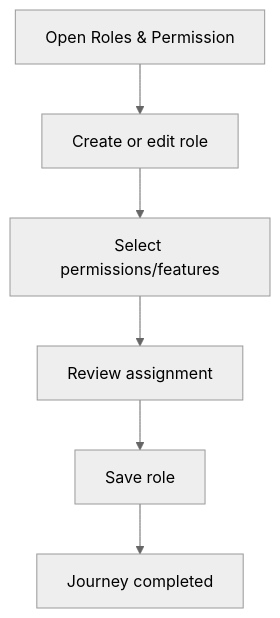
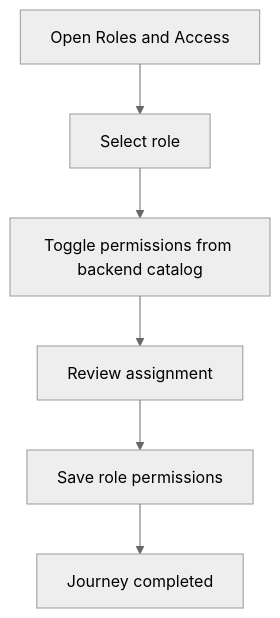
One commit to unicomproject/Pos-system-Knowledge changed the diagram in 03_USER_JOURNEYS/Tenant_Admin/06_Role_Permission_Flow.md. Above: the diagram before and after it, drawn with Mermaid (neutral theme). The commit also changed other lines of this file and 17 other files, not shown here.

First line of the commit message:
docs: update backend-driven permission catalog knowledge

````diff
--- a/03_USER_JOURNEYS/Tenant_Admin/06_Role_Permission_Flow.md
+++ b/03_USER_JOURNEYS/Tenant_Admin/06_Role_Permission_Flow.md
@@ -46,9 +46,9 @@
 ```mermaid
 flowchart TD
-    S1[Open Roles & Permission]
-    S1 --> S2[Create or edit role]
-    S2 --> S3[Select permissions/features]
+    S1[Open Roles and Access]
+    S1 --> S2[Select role]
+    S2 --> S3[Toggle permissions from backend catalog]
     S3 --> S4[Review assignment]
-    S4 --> S5[Save role]
+    S4 --> S5[Save role permissions]
     S5 --> Done[Journey completed]
 ```
````
